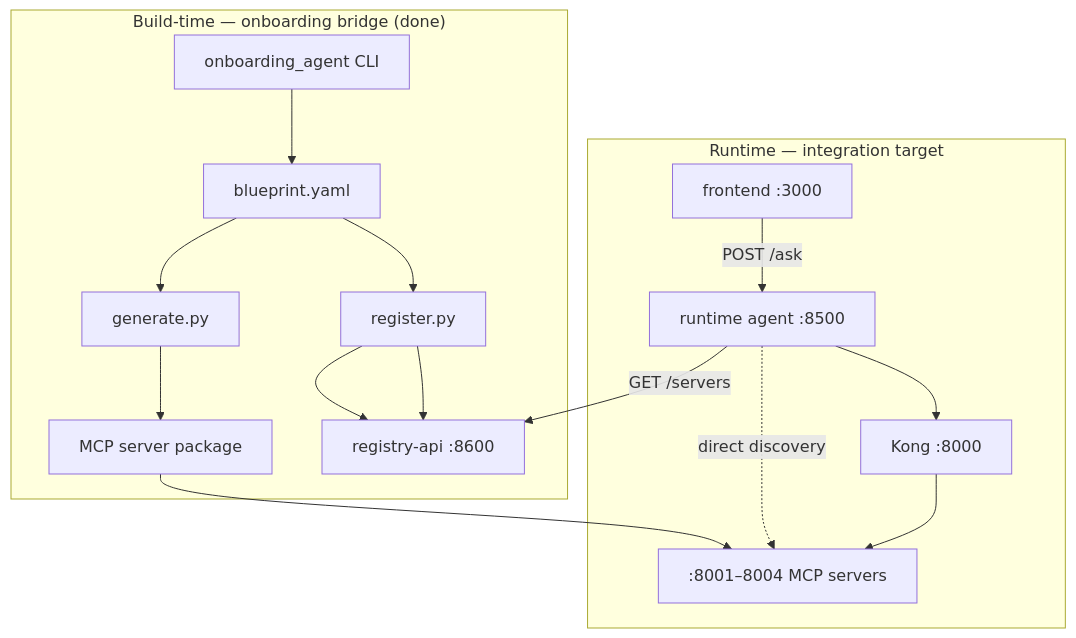
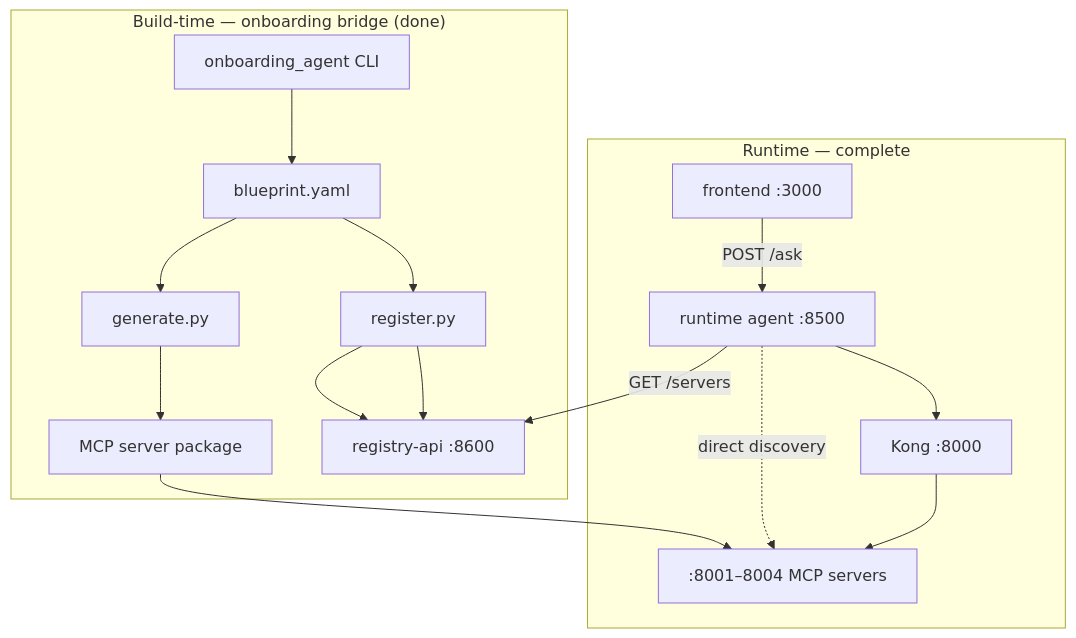
The first of 2 diagrams in docs/HANDOVER_PERSON_B.md (aakash-p-s/MCP-Data-Factory), drawn with Mermaid before and after one commit. The commit also changed other lines of this file and 16 other files, not shown here.

````diff
--- a/docs/HANDOVER_PERSON_B.md
+++ b/docs/HANDOVER_PERSON_B.md
@@ -41,19 +42,19 @@
 ```mermaid
 flowchart TB
     subgraph BUILD["Build-time — onboarding bridge (done)"]
         OA[onboarding_agent CLI] --> BP[blueprint.yaml]
         BP --> GEN[generate.py] --> SRV[MCP server package]
         BP --> REG[register.py] --> RA[registry-api :8600]
     end
 
-    subgraph RUNTIME["Runtime — integration target"]
+    subgraph RUNTIME["Runtime — complete"]
         FE[frontend :3000] -->|POST /ask| AG[runtime agent :8500]
         AG -->|GET /servers| RA
         AG --> KONG[Kong :8000]
         KONG --> MCP[:8001–8004 MCP servers]
         AG -.direct discovery.-> MCP
     end
 
     SRV --> MCP
     REG --> RA
 ```
````
